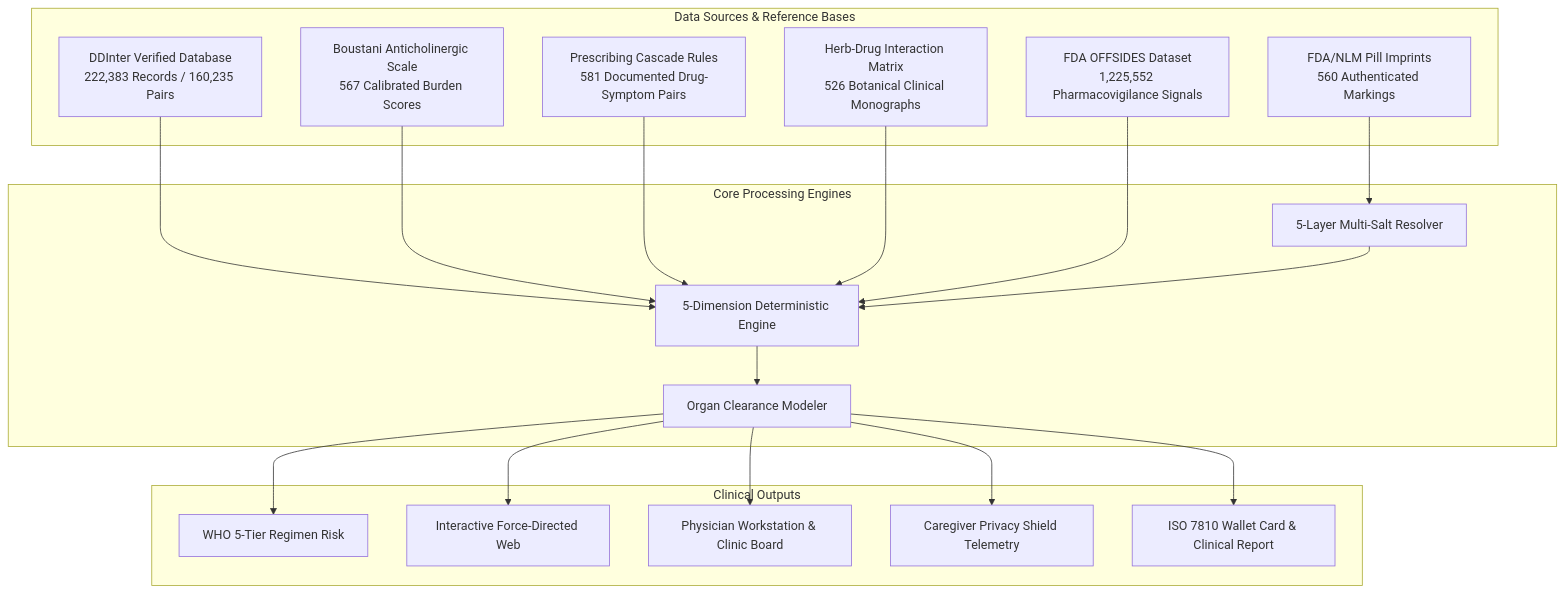
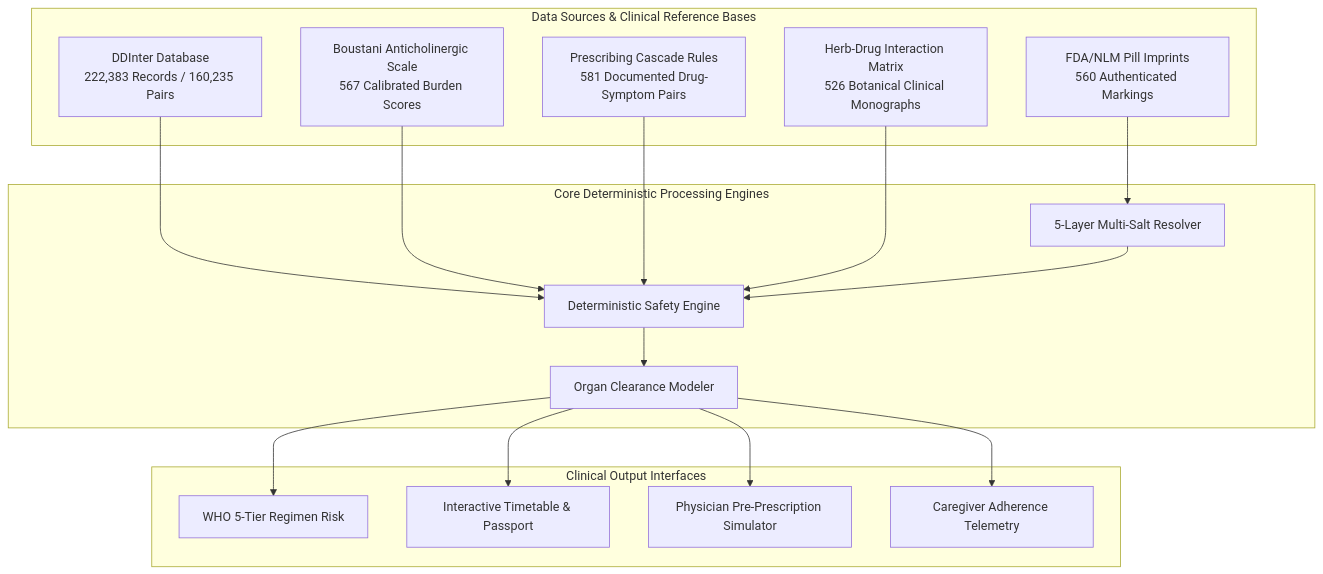
Before and after one commit to meetchauhan17/PolySafe: the first of 2 diagrams in README.md, drawn with Mermaid. The commit also changed other lines of this file, not shown here.

````diff
--- a/README.md
+++ b/README.md
@@ -73,40 +121,36 @@
 ```mermaid
 graph TD
-    subgraph Data Sources & Reference Bases
-        DD[DDInter Verified Database<br/>222,383 Records / 160,235 Pairs]
+    subgraph Data Sources & Clinical Reference Bases
+        DD[DDInter Database<br/>222,383 Records / 160,235 Pairs]
         ACB[Boustani Anticholinergic Scale<br/>567 Calibrated Burden Scores]
         CAS[Prescribing Cascade Rules<br/>581 Documented Drug-Symptom Pairs]
         HERB[Herb-Drug Interaction Matrix<br/>526 Botanical Clinical Monographs]
-        OFF[FDA OFFSIDES Dataset<br/>1,225,552 Pharmacovigilance Signals]
         PIM[FDA/NLM Pill Imprints<br/>560 Authenticated Markings]
     end
 
-    subgraph Core Processing Engines
-        D5[5-Dimension Deterministic Engine]
+    subgraph Core Deterministic Processing Engines
+        D5[Deterministic Safety Engine]
         RES[5-Layer Multi-Salt Resolver]
         RAD[Organ Clearance Modeler]
     end
 
     DD --> D5
     ACB --> D5
     CAS --> D5
     HERB --> D5
-    OFF --> D5
     PIM --> RES
     RES --> D5
     D5 --> RAD
 
-    subgraph Clinical Outputs
+    subgraph Clinical Output Interfaces
         OUT1[WHO 5-Tier Regimen Risk]
-        OUT2[Interactive Force-Directed Web]
-        OUT3[Physician Workstation & Clinic Board]
-        OUT4[Caregiver Privacy Shield Telemetry]
-        OUT5[ISO 7810 Wallet Card & Clinical Report]
+        OUT2[Interactive Timetable & Passport]
+        OUT3[Physician Pre-Prescription Simulator]
+        OUT4[Caregiver Adherence Telemetry]
     end
 
     RAD --> OUT1
     RAD --> OUT2
     RAD --> OUT3
     RAD --> OUT4
-    RAD --> OUT5
 ```
````
